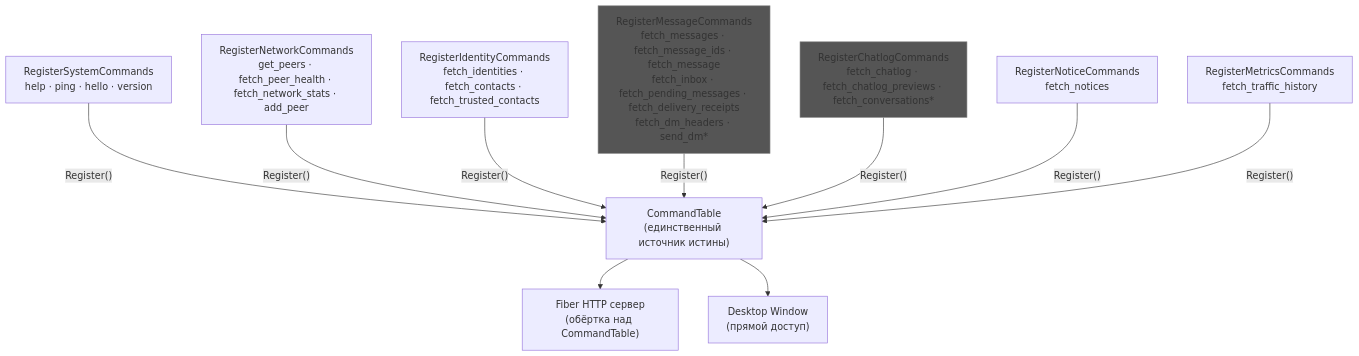
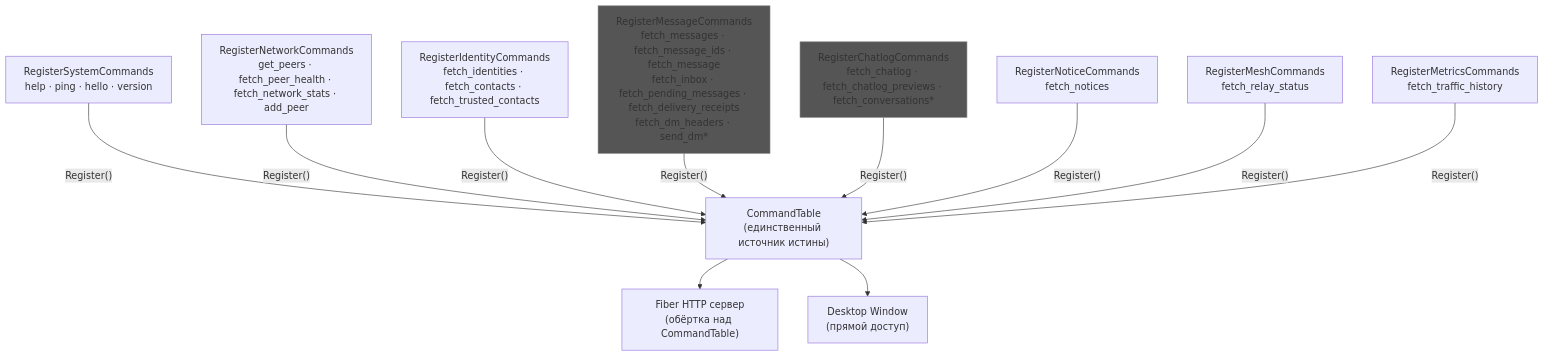
Before and after one commit to piratecash/corsa: the eighth of 8 diagrams in docs/rpc.md, drawn with Mermaid. The commit also changed other lines of this file and 25 other files, not shown here.

Commit message:
feat(mesh): add capability-gated hop-by-hop relay for DMs

````diff
--- a/docs/rpc.md
+++ b/docs/rpc.md
@@ -728,26 +588,28 @@
 ```mermaid
 graph TD
     TABLE["CommandTable<br/>(единственный источник истины)"]
 
     REG_SYS["RegisterSystemCommands<br/>help · ping · hello · version"]
     REG_NET["RegisterNetworkCommands<br/>get_peers · fetch_peer_health · fetch_network_stats · add_peer"]
     REG_IDN["RegisterIdentityCommands<br/>fetch_identities · fetch_contacts · fetch_trusted_contacts"]
     REG_MSG["RegisterMessageCommands<br/>fetch_messages · fetch_message_ids · fetch_message<br/>fetch_inbox · fetch_pending_messages · fetch_delivery_receipts<br/>fetch_dm_headers · send_dm*"]
     REG_CHT["RegisterChatlogCommands<br/>fetch_chatlog · fetch_chatlog_previews · fetch_conversations*"]
     REG_NTC["RegisterNoticeCommands<br/>fetch_notices"]
+    REG_MSH["RegisterMeshCommands<br/>fetch_relay_status"]
     REG_MET["RegisterMetricsCommands<br/>fetch_traffic_history"]
 
     REG_SYS -->|"Register()"| TABLE
     REG_NET -->|"Register()"| TABLE
     REG_IDN -->|"Register()"| TABLE
     REG_MSG -->|"Register()"| TABLE
     REG_CHT -->|"Register()"| TABLE
     REG_NTC -->|"Register()"| TABLE
+    REG_MSH -->|"Register()"| TABLE
     REG_MET -->|"Register()"| TABLE
 
     TABLE --> SERVER["Fiber HTTP сервер<br/>(обёртка над CommandTable)"]
     TABLE --> WINDOW["Desktop Window<br/>(прямой доступ)"]
 
     style REG_CHT fill:#555,stroke:#888
     style REG_MSG fill:#555,stroke:#888
 ```
````
